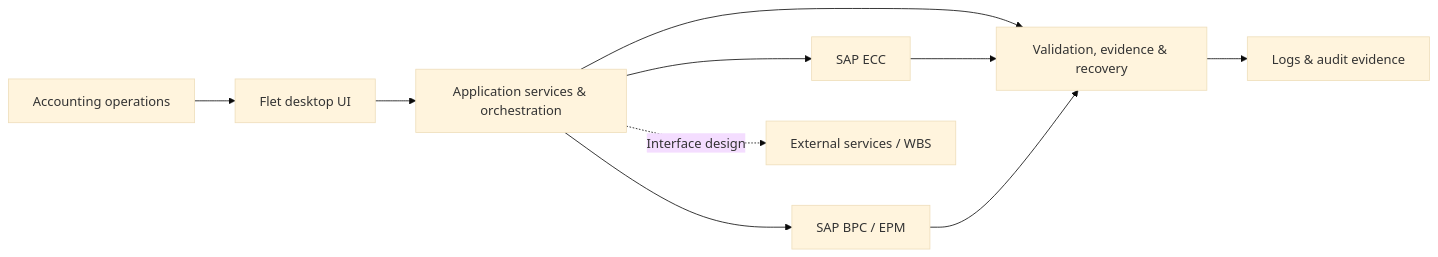
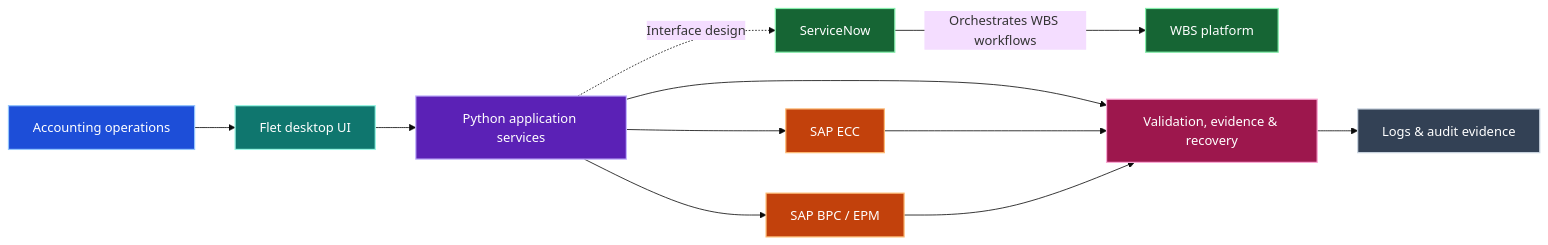
Before and after one commit to RamonRDR/RamonRDR: the first of 2 diagrams in README.md, drawn with Mermaid (base theme). The commit also changed other lines of this file, not shown here.

Commit message:
Improve BAS and AI agent workflow diagrams with colored feedback loops

```diff
--- a/README.md
+++ b/README.md
@@ -90,12 +90,29 @@
 ~~~mermaid
 flowchart LR
     USER["Accounting operations"] --> UI["Flet desktop UI"]
-    UI --> CORE["Application services & orchestration"]
-    CORE --> SAP["SAP ECC"]
+    UI --> CORE["Python application services"]
+    CORE --> ECC["SAP ECC"]
     CORE --> BPC["SAP BPC / EPM"]
-    CORE -. "Interface design" .-> EXT["External services / WBS"]
+    CORE -. "Interface design" .-> SN["ServiceNow"]
+    SN -->|"Orchestrates WBS workflows"| WBS["WBS platform"]
     CORE --> SAFE["Validation, evidence & recovery"]
-    SAP --> SAFE
+    ECC --> SAFE
     BPC --> SAFE
     SAFE --> LOG["Logs & audit evidence"]
+
+    classDef business fill:#1D4ED8,stroke:#93C5FD,color:#FFFFFF,stroke-width:1.5px
+    classDef interface fill:#0F766E,stroke:#99F6E4,color:#FFFFFF,stroke-width:1.5px
+    classDef service fill:#5B21B6,stroke:#C4B5FD,color:#FFFFFF,stroke-width:1.5px
+    classDef sap fill:#C2410C,stroke:#FDBA74,color:#FFFFFF,stroke-width:1.5px
+    classDef external fill:#166534,stroke:#86EFAC,color:#FFFFFF,stroke-width:1.5px
+    classDef safety fill:#9D174D,stroke:#F9A8D4,color:#FFFFFF,stroke-width:1.5px
+    classDef audit fill:#334155,stroke:#CBD5E1,color:#FFFFFF,stroke-width:1.5px
+
+    class USER business
+    class UI interface
+    class CORE service
+    class ECC,BPC sap
+    class SN,WBS external
+    class SAFE safety
+    class LOG audit
 ~~~
```
